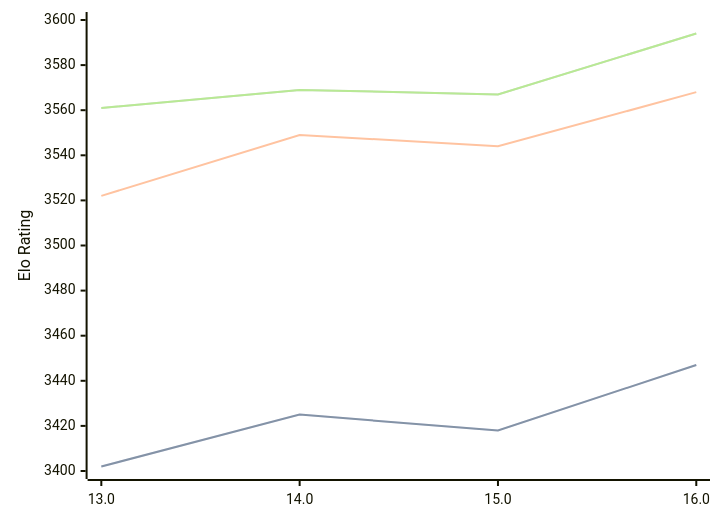
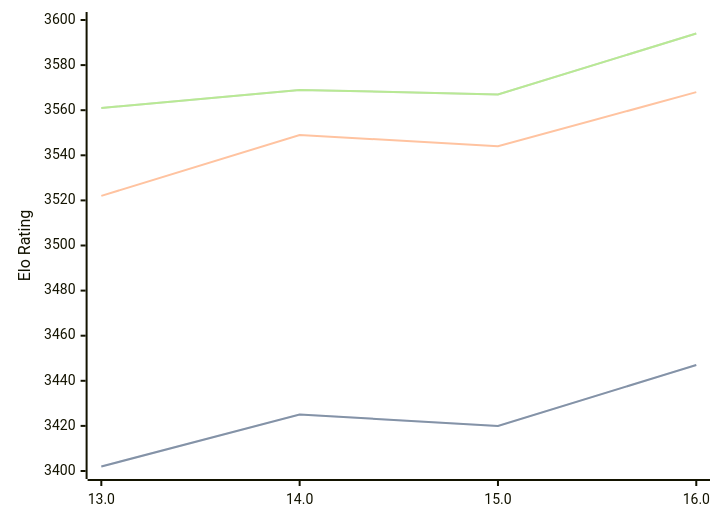
The diagram in engines/Obsidian.md (computer-chess-index/cci), drawn with Mermaid before and after one commit. The commit also changed other lines of this file, not shown here.

````diff
--- a/engines/Obsidian.md
+++ b/engines/Obsidian.md
@@ -34,11 +34,11 @@
 ```mermaid
 %%{init: {"theme":"base","themeVariables":{"seriesColors:['#a3a3a3','#222221','#faa371']}}}%%
 xychart-beta
   x-axis ["13.0", "14.0", "15.0", "16.0"]
   y-axis "Elo Rating" 3400 --> 3600
-  line "" [3402, 3425, 3418, 3447]
-  line "STC (8.0+0.08s)" [3402, 3425, 3418, 3447]
+  line "" [3402, 3425, 3420, 3447]
+  line "STC (8.0+0.08s)" [3402, 3425, 3420, 3447]
   line "LTC (60.0+0.60s)" [3522, 3549, 3544, 3568]
   line "" [3561, 3569, 3567, 3594]
   line "VLTC (2m24s+1.12s)" [3561, 3569, 3567, 3594]
 ```
````
